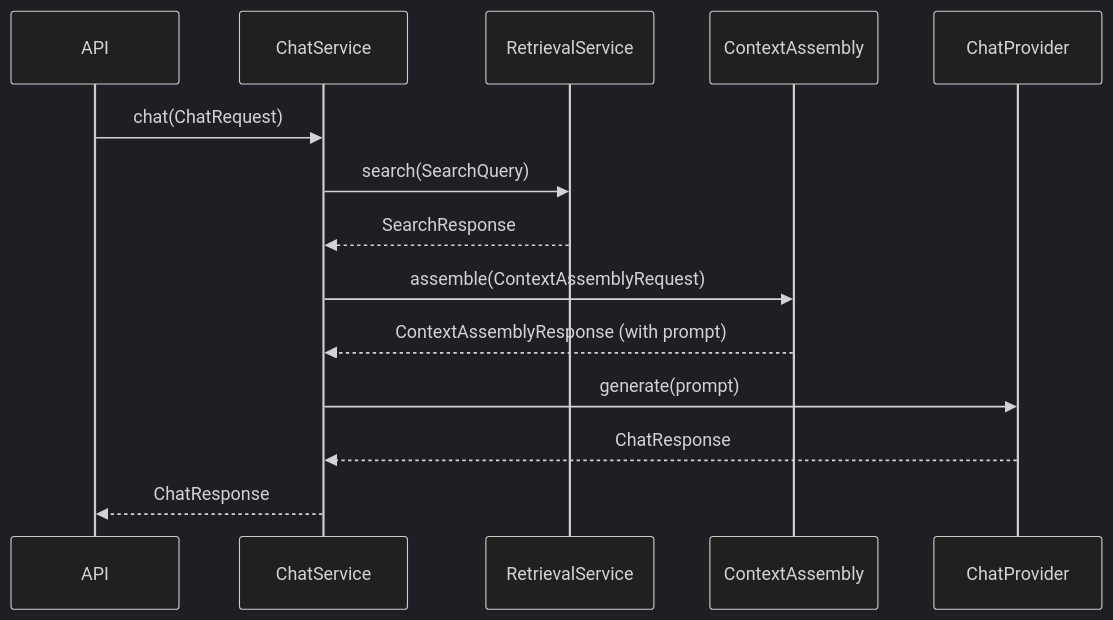
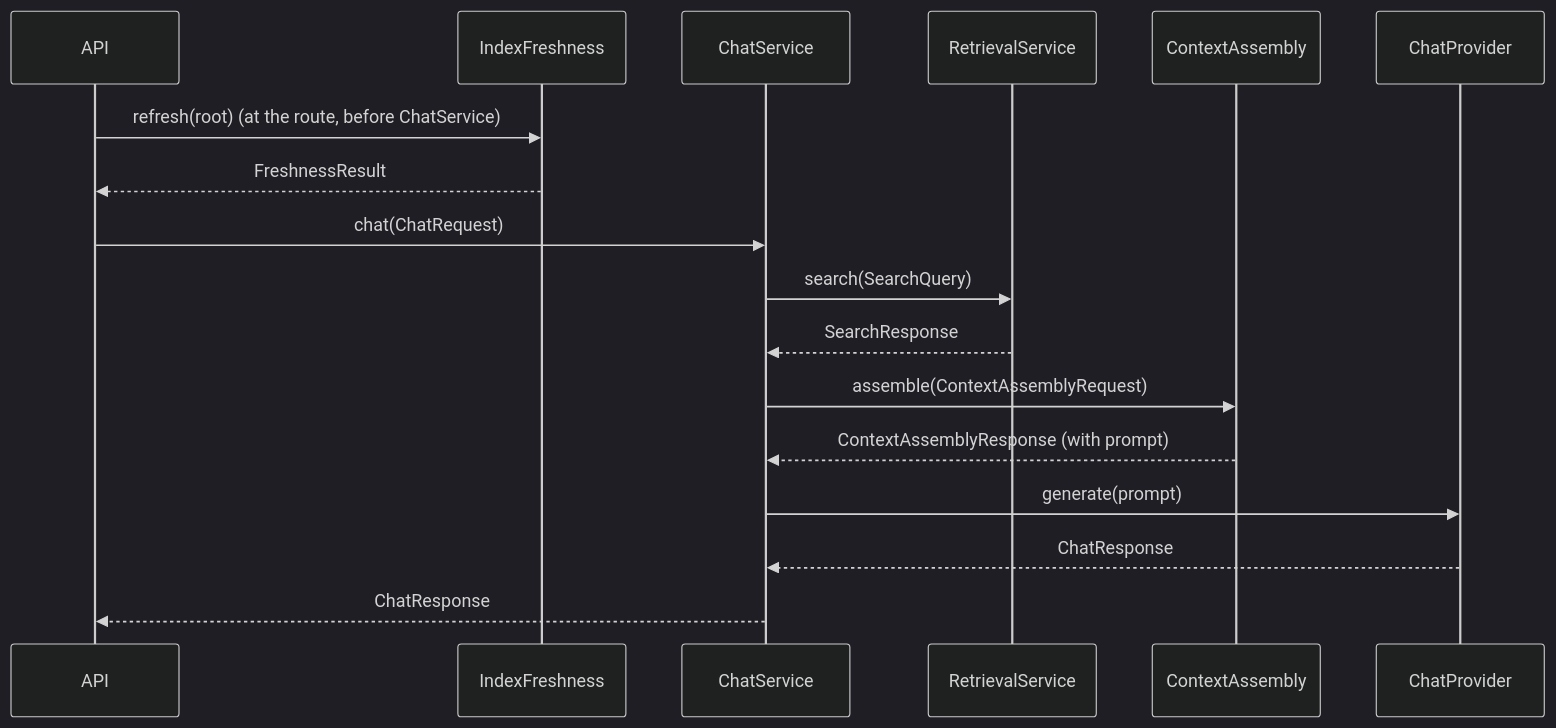
One commit to Smit-whitespace/repository-intelligence-platform changed the second of 2 diagrams in docs/architecture/backend/chat.md. Above: the diagram before and after it, drawn with Mermaid (dark theme). The commit also changed other lines of this file and 6 other files, not shown here.

Commit message:
docs: record index freshness (ADR-0022) and its measurements

````diff
--- a/docs/architecture/backend/chat.md
+++ b/docs/architecture/backend/chat.md
@@ -61,17 +61,20 @@
 ```mermaid
 sequenceDiagram
     participant API
+    participant FR as IndexFreshness
     participant CS as ChatService
     participant RS as RetrievalService
     participant CA as ContextAssembly
     participant LLM as ChatProvider
 
+    API->>FR: refresh(root) (at the route, before ChatService)
+    FR-->>API: FreshnessResult
     API->>CS: chat(ChatRequest)
     CS->>RS: search(SearchQuery)
     RS-->>CS: SearchResponse
     CS->>CA: assemble(ContextAssemblyRequest)
     CA-->>CS: ContextAssemblyResponse (with prompt)
     CS->>LLM: generate(prompt)
     LLM-->>CS: ChatResponse
     CS-->>API: ChatResponse
 ```
````
